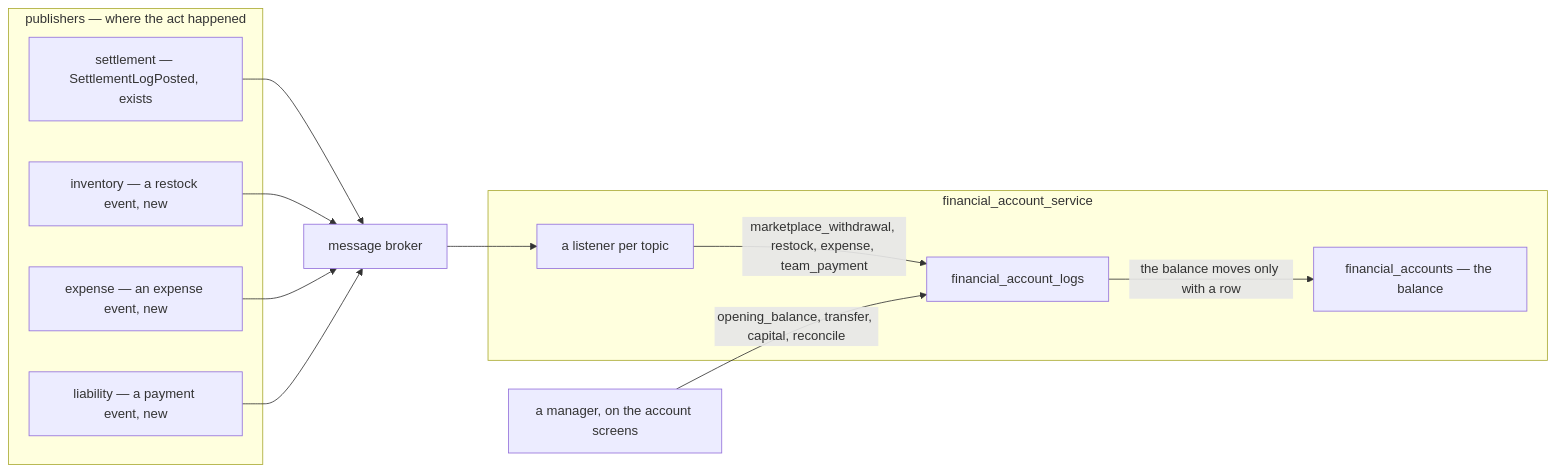
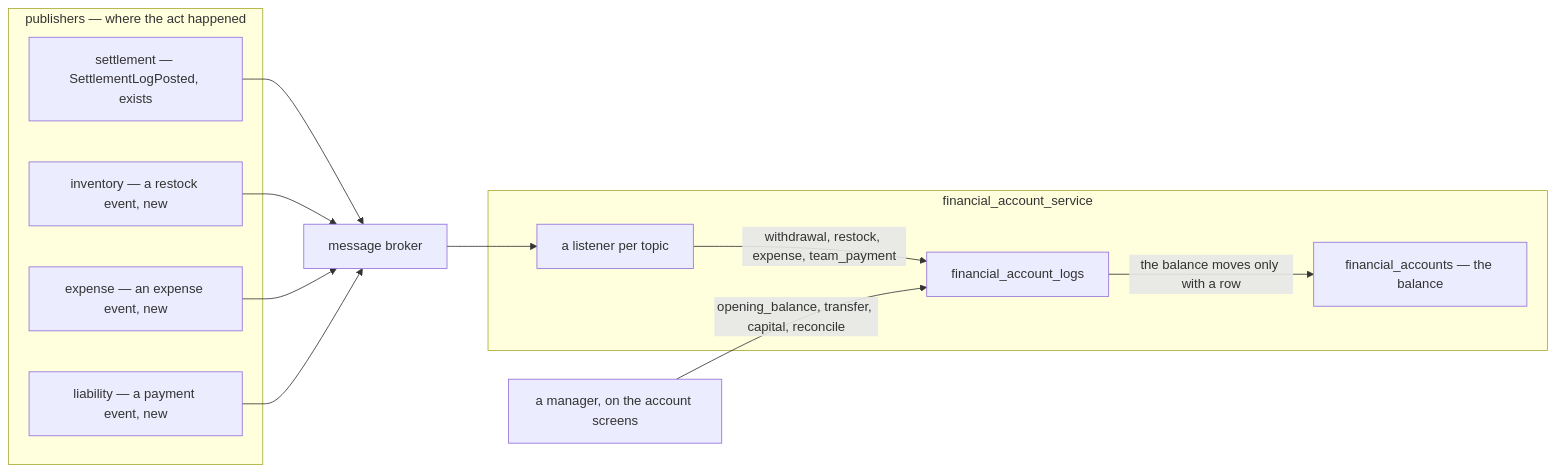
One commit to pdcgo/warehouse_revamp changed the second of 6 diagrams in docs/business/financial_account/context_clarify.md. Above: the diagram before and after it, drawn with Mermaid. The commit also changed other lines of this file and 3 other files, not shown here.

````diff
--- a/docs/business/financial_account/context_clarify.md
+++ b/docs/business/financial_account/context_clarify.md
@@ -114,24 +115,24 @@
 ```mermaid
 flowchart LR
   subgraph "publishers — where the act happened"
     W["settlement — SettlementLogPosted, exists"]
     R["inventory — a restock event, new"]
     X["expense — an expense event, new"]
     P["liability — a payment event, new"]
   end
   B["message broker"]
   M["a manager, on the account screens"]
   subgraph "financial_account_service"
     C["a listener per topic"]
     L["financial_account_logs"]
     A["financial_accounts — the balance"]
   end
   W --> B
   R --> B
   X --> B
   P --> B
   B --> C
-  C -->|"marketplace_withdrawal, restock, expense, team_payment"| L
+  C -->|"withdrawal, restock, expense, team_payment"| L
   M -->|"opening_balance, transfer, capital, reconcile"| L
   L -->|"the balance moves only with a row"| A
 ```
````
